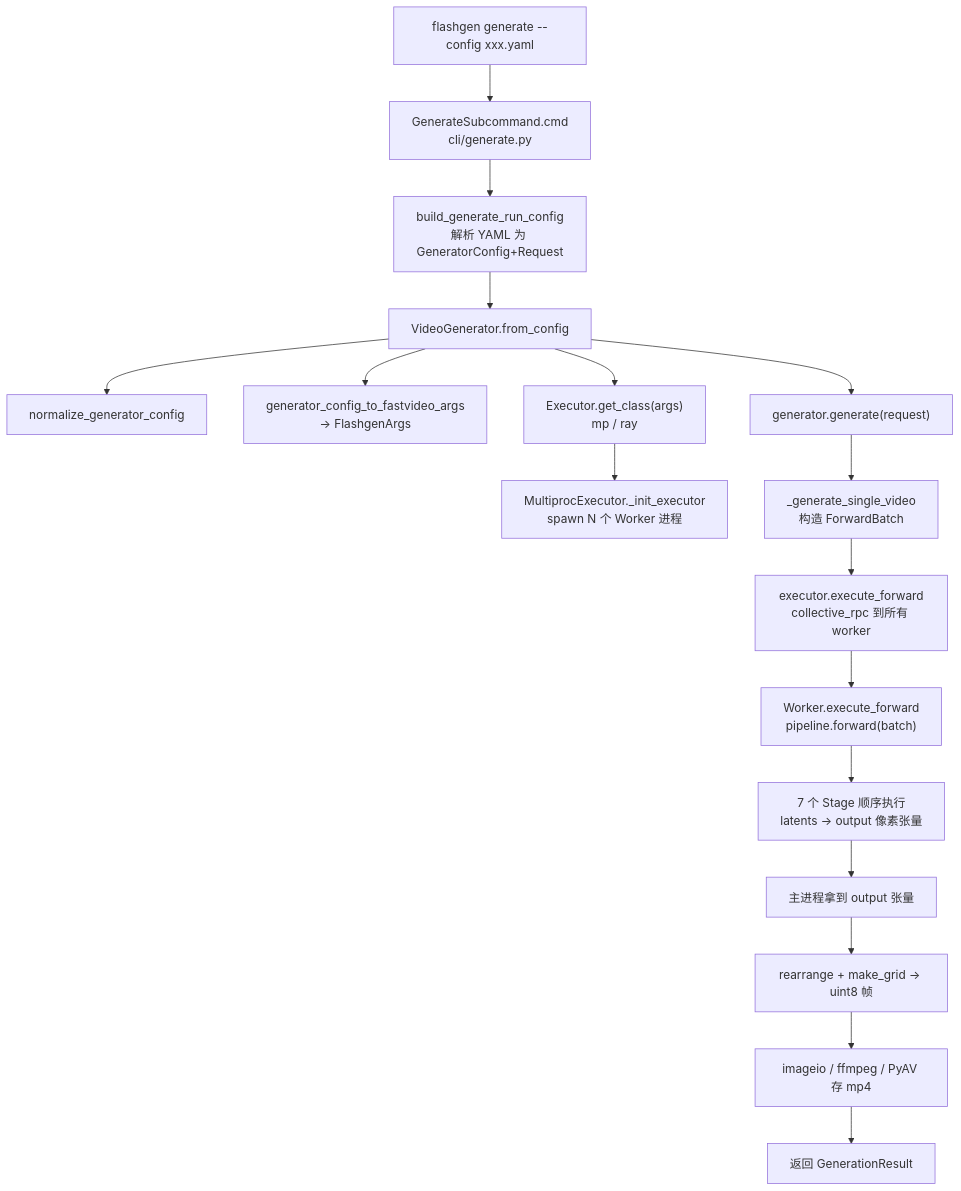
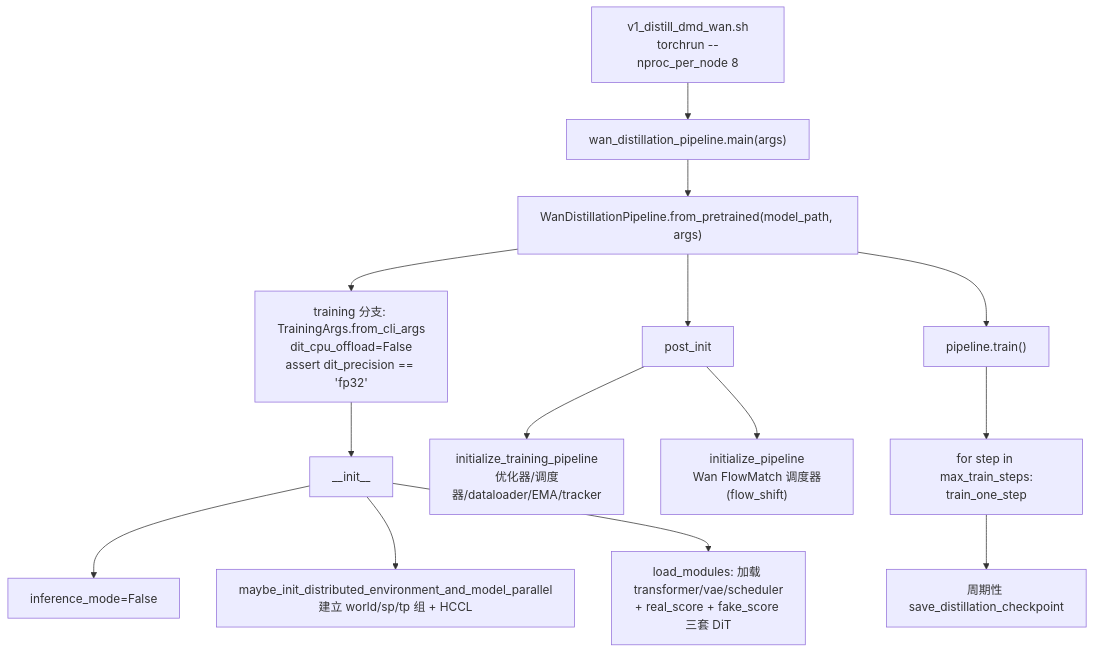
Before and after one commit to Huangzjun/FlashGen: the fourth of 11 diagrams in docs/架构设计.md, drawn with Mermaid. The commit also changed other lines of this file and 82 other files, not shown here.

````diff
--- a/docs/架构设计.md
+++ b/docs/架构设计.md
@@ -318,19 +269,16 @@
 ```mermaid
 flowchart TD
-    A["flashgen generate --config xxx.yaml"] --> B["GenerateSubcommand.cmd<br/>cli/generate.py"]
-    B --> C["build_generate_run_config<br/>解析 YAML 为 GeneratorConfig+Request"]
-    C --> D["VideoGenerator.from_config"]
-    D --> D1["normalize_generator_config"]
-    D --> D2["generator_config_to_fastvideo_args<br/>→ FlashgenArgs"]
-    D --> D3["Executor.get_class(args)<br/>mp / ray"]
-    D3 --> E["MultiprocExecutor._init_executor<br/>spawn N 个 Worker 进程"]
-    D --> F["generator.generate(request)"]
-    F --> G["_generate_single_video<br/>构造 ForwardBatch"]
-    G --> H["executor.execute_forward<br/>collective_rpc 到所有 worker"]
-    H --> I["Worker.execute_forward<br/>pipeline.forward(batch)"]
-    I --> J["7 个 Stage 顺序执行<br/>latents → output 像素张量"]
-    J --> K["主进程拿到 output 张量"]
-    K --> L["rearrange + make_grid → uint8 帧"]
-    L --> M["imageio / ffmpeg / PyAV 存 mp4"]
-    M --> N["返回 GenerationResult"]
+    A["v1_distill_dmd_wan.sh<br/>torchrun --nproc_per_node 8"] --> B["wan_distillation_pipeline.main(args)"]
+    B --> C["WanDistillationPipeline.from_pretrained(model_path, args)"]
+    C --> C1["training 分支: TrainingArgs.from_cli_args<br/>dit_cpu_offload=False<br/>assert dit_precision == 'fp32'"]
+    C1 --> D["__init__"]
+    D --> D1["inference_mode=False"]
+    D --> D2["maybe_init_distributed_environment_and_model_parallel<br/>建立 world/sp/tp 组 + HCCL"]
+    D --> D3["load_modules: 加载 transformer/vae/scheduler<br/>+ real_score + fake_score 三套 DiT"]
+    C --> E["post_init"]
+    E --> E1["initialize_training_pipeline<br/>优化器/调度器/dataloader/EMA/tracker"]
+    E --> E2["initialize_pipeline<br/>Wan FlowMatch 调度器(flow_shift)"]
+    C --> F["pipeline.train()"]
+    F --> G["for step in max_train_steps:<br/>train_one_step"]
+    G --> H["周期性 save_distillation_checkpoint"]
 ```
````
